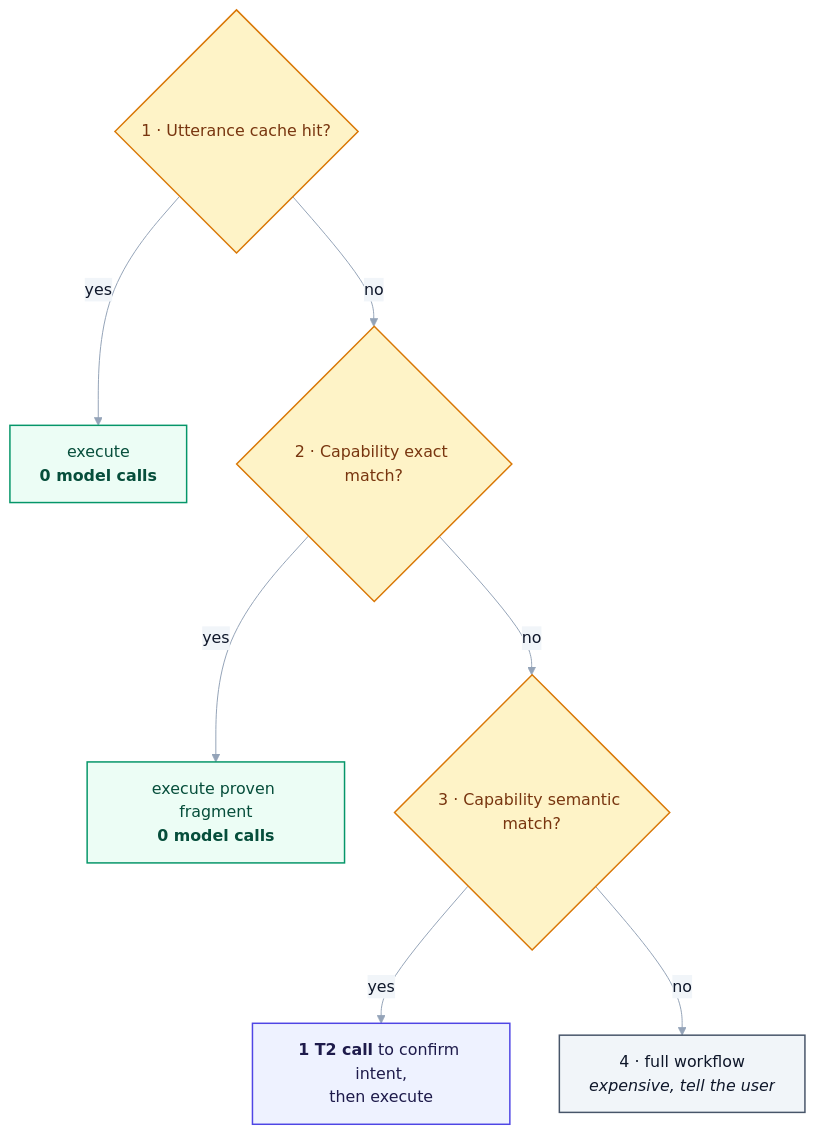
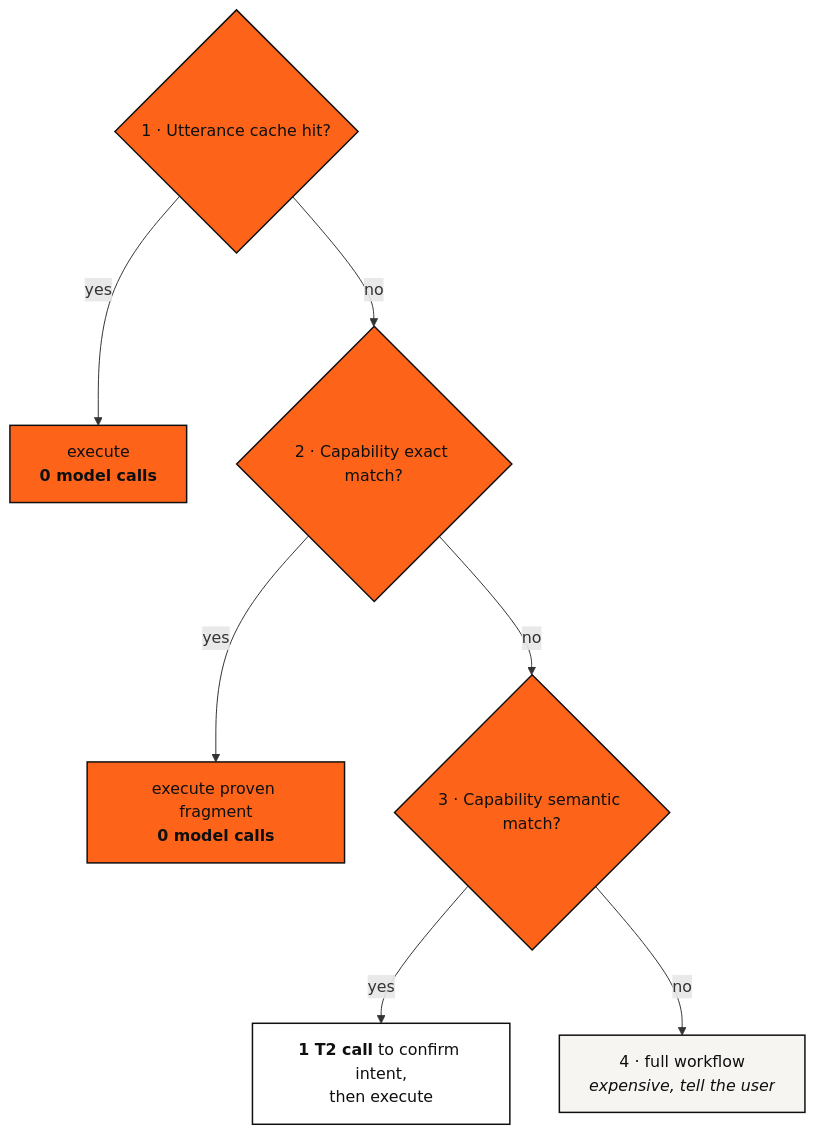
One commit to Ajmalpshaik/Heron-AI changed the first of 2 diagrams in docs/19-context-and-cost.md. Above: the diagram before and after it, drawn with Mermaid. The commit also changed other lines of this file and 44 other files, not shown here.

First line of the commit message:
Diagrams in the other docs move to the brand palette (D-149, #1116)

````diff
--- a/docs/19-context-and-cost.md
+++ b/docs/19-context-and-cost.md
@@ -154,21 +154,20 @@
 ```mermaid
-%%{init: {"themeVariables": {"edgeLabelBackground":"#F1F5F9","lineColor":"#94A3B8","textColor":"#0F172A","tertiaryTextColor":"#0F172A"}}}%%
 flowchart TD
     Q1{"1 · Utterance cache hit?"}
     Q1 -->|yes| X1["execute<br/><b>0 model calls</b>"]
     Q1 -->|no| Q2{"2 · Capability exact match?"}
     Q2 -->|yes| X2["execute proven fragment<br/><b>0 model calls</b>"]
     Q2 -->|no| Q3{"3 · Capability semantic match?"}
     Q3 -->|yes| X3["<b>1 T2 call</b> to confirm intent,<br/>then execute"]
     Q3 -->|no| X4["4 · full workflow<br/><i>expensive, tell the user</i>"]
 
-    classDef user fill:#F1F5F9,stroke:#475569,stroke-width:1.5px,color:#0F172A
-    classDef host fill:#EEF2FF,stroke:#4F46E5,stroke-width:1.5px,color:#1E1B4B
-    classDef brain fill:#ECFDF5,stroke:#059669,stroke-width:1.5px,color:#064E3B
-    classDef addin fill:#FEF3C7,stroke:#D97706,stroke-width:1.5px,color:#78350F
-    classDef plat fill:#F5F3FF,stroke:#7C3AED,stroke-width:2px,color:#4C1D95
+    classDef user fill:#F7F5F2,stroke:#0F0F10,stroke-width:1.5px,color:#0F0F10
+    classDef host fill:#FFFFFF,stroke:#0F0F10,stroke-width:1.5px,color:#0F0F10
+    classDef brain fill:#FD641A,stroke:#0F0F10,stroke-width:1.5px,color:#0F0F10
+    classDef addin fill:#FD641A,stroke:#0F0F10,stroke-width:1.5px,color:#0F0F10
+    classDef plat fill:#FFFFFF,stroke:#0F0F10,stroke-width:2px,color:#0F0F10
     class Q1,Q2,Q3 addin
     class X1,X2 brain
     class X3 host
     class X4 user
 ```
````
